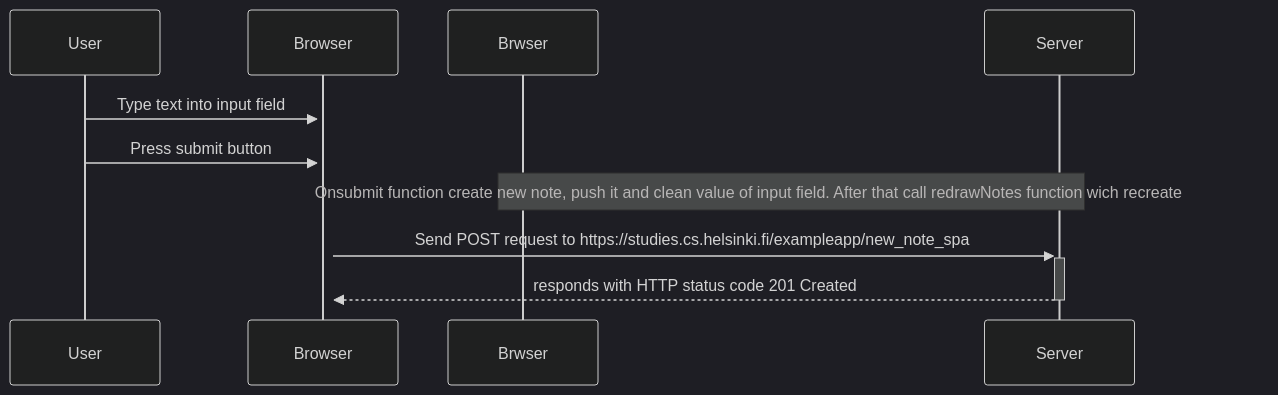
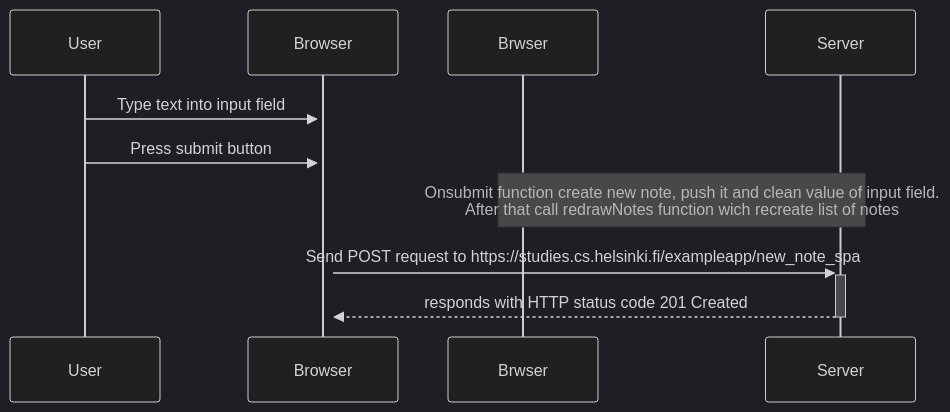
Before and after one commit to AntBezr/Full_Stack_Open: the diagram in part0/task5.mmd, drawn with Mermaid (dark theme).

Commit message:
note reduction 2

```diff
--- a/part0/task5.mmd
+++ b/part0/task5.mmd
@@ -1,6 +1,6 @@
 sequenceDiagram
     User->>+Browser:Type text into input field
     User->>+Browser:Press submit button
-    Note over Brwser, Server: Onsubmit function create new note, push it and clean value of input field. After that call redrawNotes function wich recreate list of notes 
+    Note over Brwser, Server: Onsubmit function create new note, push it and clean value of input field.<br/> After that call redrawNotes function wich recreate list of notes 
     Browser->>+Server: Send POST request to https://studies.cs.helsinki.fi/exampleapp/new_note_spa 
     Server-->>-Browser: responds with HTTP status code 201 Created
```
